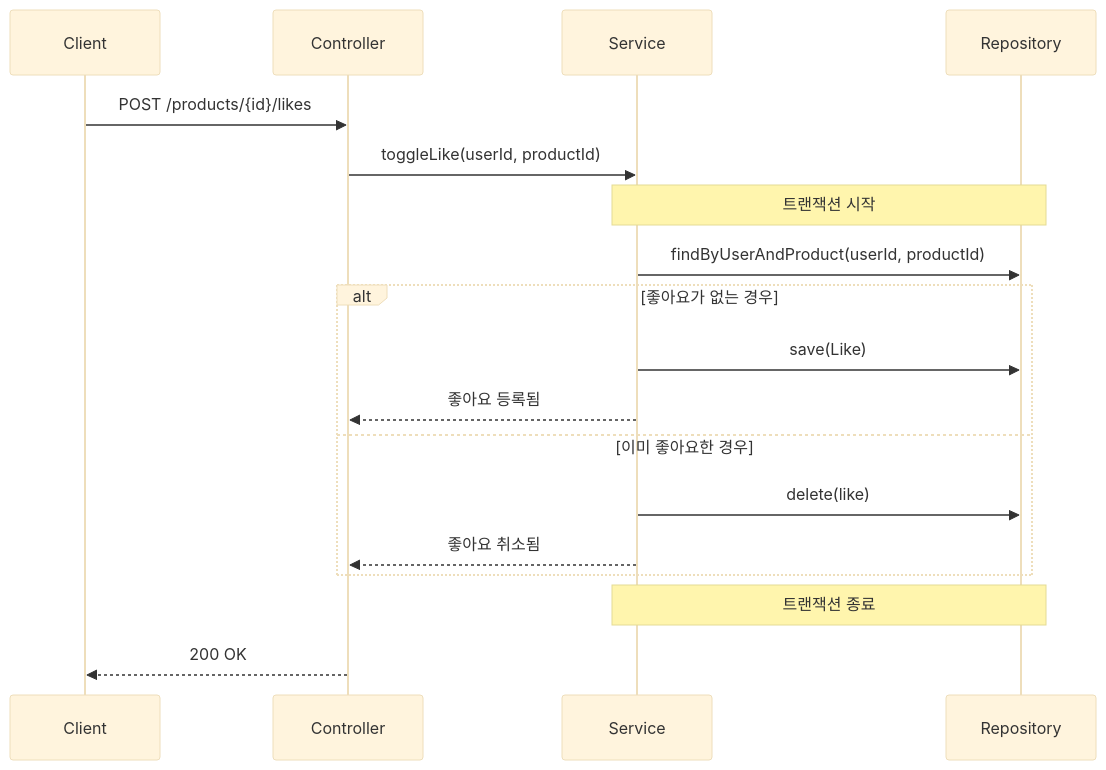
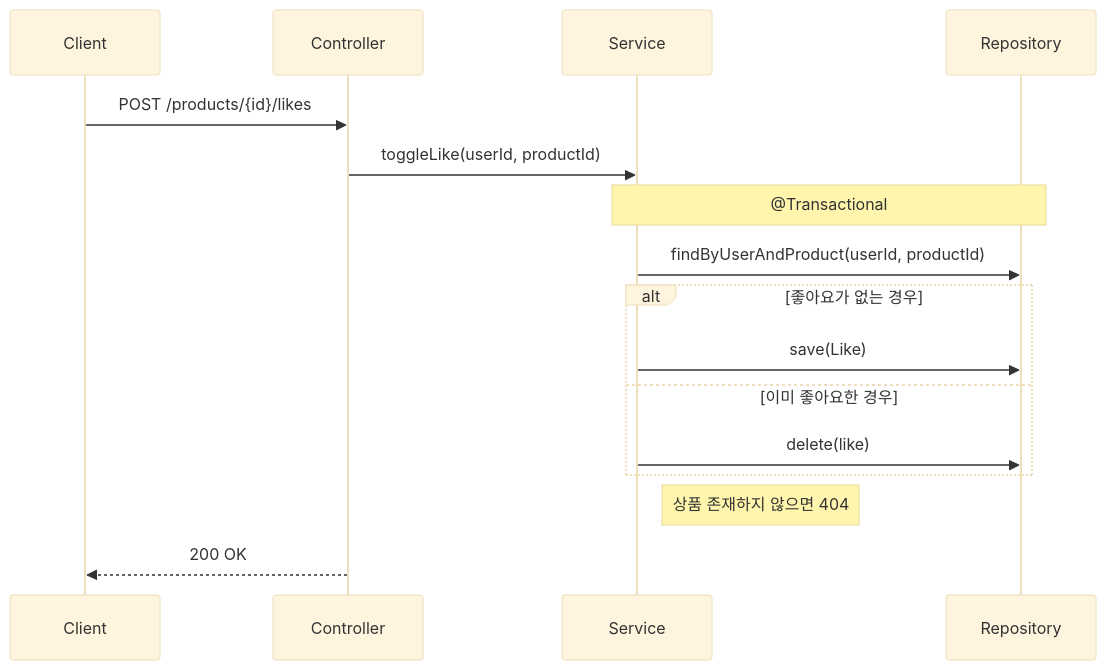
One commit to da4isy/loop-pack-be-l2-vol4-kotlin changed the diagram in .claude/skills/requirements-analysis/SKILL.md. Above: the diagram before and after it, drawn with Mermaid (base theme). The commit also changed other lines of this file, not shown here.

````diff
--- a/.claude/skills/requirements-analysis/SKILL.md
+++ b/.claude/skills/requirements-analysis/SKILL.md
@@ -171,26 +182,24 @@
 ```mermaid
 sequenceDiagram
     participant Client
     participant Controller
     participant Service
     participant Repository
 
     Client->>Controller: POST /products/{id}/likes
     Controller->>Service: toggleLike(userId, productId)
 
-    Note over Service,Repository: 트랜잭션 시작
+    Note over Service,Repository: @Transactional
 
     Service->>Repository: findByUserAndProduct(userId, productId)
 
     alt 좋아요가 없는 경우
         Service->>Repository: save(Like)
-        Service-->>Controller: 좋아요 등록됨
     else 이미 좋아요한 경우
         Service->>Repository: delete(like)
-        Service-->>Controller: 좋아요 취소됨
     end
 
-    Note over Service,Repository: 트랜잭션 종료
+    Note right of Service: 상품 존재하지 않으면 404
 
     Controller-->>Client: 200 OK
 ```
````
